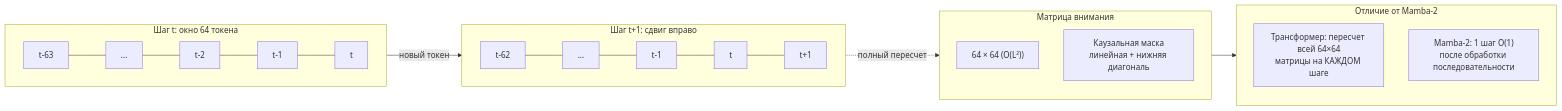
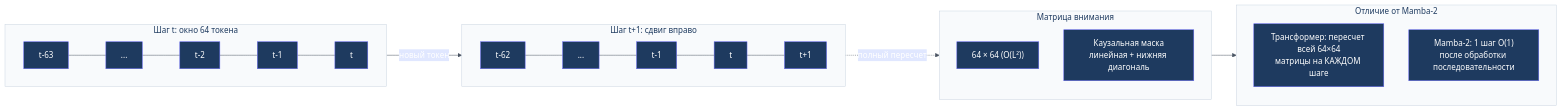
Before and after one commit to Kiraprint/DOOM: the diagram in docs/sliding_window.mmd, drawn with Mermaid. The commit also changed 9 other files, not shown here.

Commit message:
style: add Mermaid diagram theming and larger font sizes

```diff
--- a/docs/sliding_window.mmd
+++ b/docs/sliding_window.mmd
@@ -1,25 +1,25 @@
-flowchart LR
+%%{init: {'theme': 'base', 'themeVariables': {'primaryColor': '#1e3a5f', 'primaryTextColor': '#fff', 'primaryBorderColor': '#1e3a5f', 'lineColor': '#4B5563', 'secondaryColor': '#e0e7ff', 'tertiaryColor': '#fce7f3', 'clusterBkg': '#f8fafc', 'fontSize': 15, 'clusterBorder': '#cbd5e1', 'nodeBorder': '#6366f1', 'nodeTextColor': '#4338ca', 'titleColor': '#1e3a5f'}}}%% flowchart LR
   subgraph T["Шаг t: окно 64 токена"]
     direction LR
     W1["t-63"] --- W2["..."] --- W3["t-2"] --- W4["t-1"] --- W5["t"]
   end
 
   subgraph T1["Шаг t+1: сдвиг вправо"]
     direction LR
     V2["t-62"] --- V3["..."] --- V4["t-1"] --- V5["t"] --- V6["t+1"]
   end
 
   subgraph Attn["Матрица внимания"]
     direction TB
     M["64 × 64 (O(L²))"]
     MASK["Каузальная маска<br/>линейная + нижняя диагональ"]
   end
 
   subgraph Compare["Отличие от Mamba-2"]
     COMP1["Трансформер: пересчет всей 64×64<br/>матрицы на КАЖДОМ шаге"]
     COMP2["Mamba-2: 1 шаг O(1)<br/>после обработки последовательности"]
   end
 
   T -->|"новый токен"| T1
   T1 -.->|"полный пересчет"| Attn
   Attn --> Compare
```
